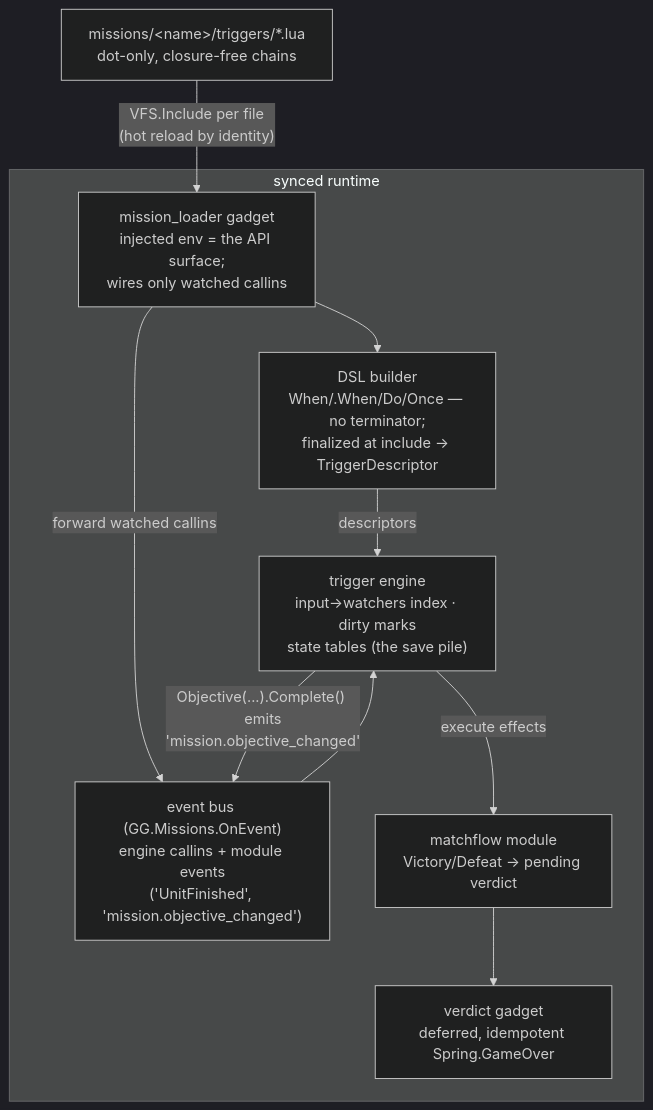
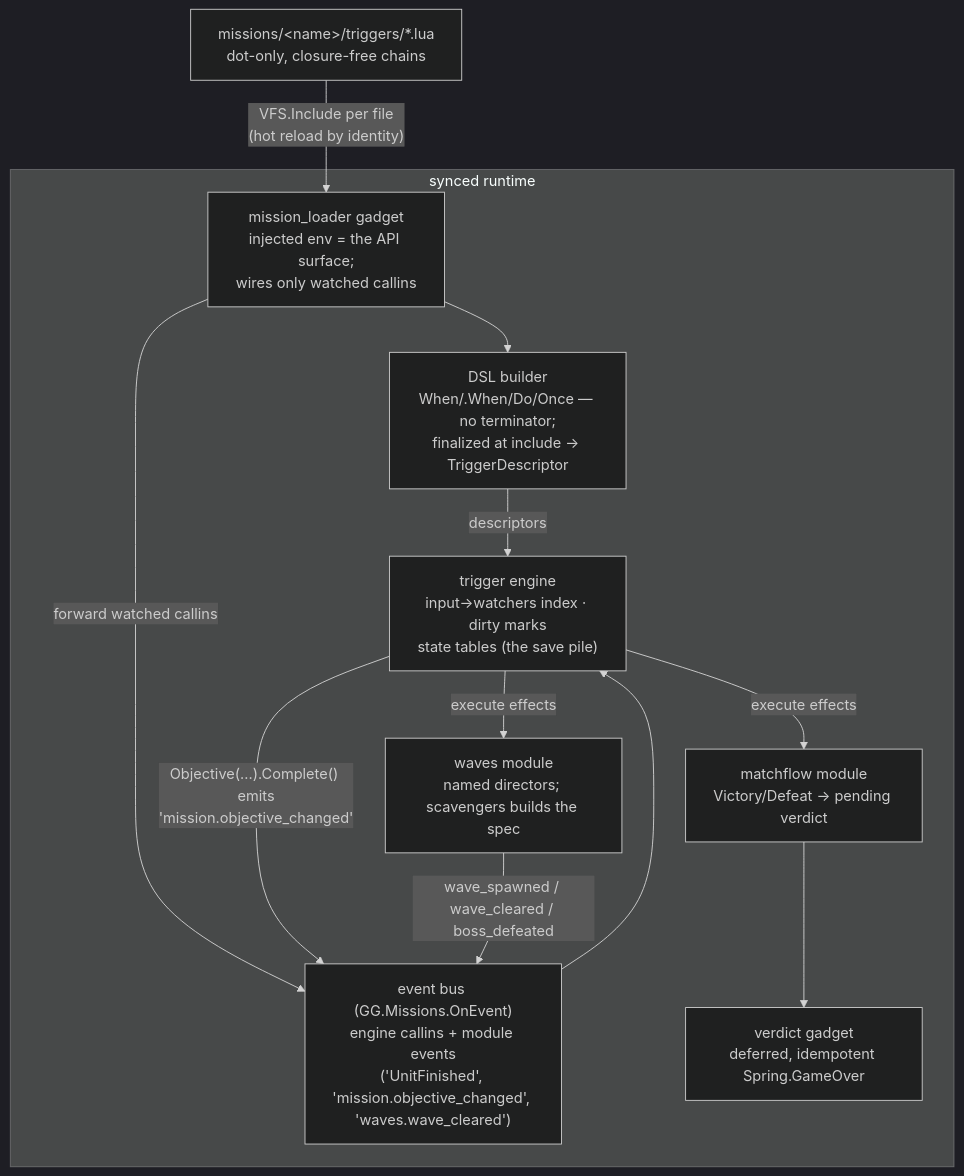
Before and after one commit to MasarOfficial/Doctrine-RTS: the diagram in modules/missions/README.md, drawn with Mermaid (dark theme). The commit also changed other lines of this file and 7 other files, not shown here.

First line of the commit message:
missions: the pressure — waves, packs and placement on the mission surface

````diff
--- a/modules/missions/README.md
+++ b/modules/missions/README.md
@@ -10,18 +10,21 @@
 ```mermaid
 flowchart TB
     LUA["missions/&lt;name&gt;/triggers/*.lua<br/>dot-only, closure-free chains"]
     subgraph SYNCED["synced runtime"]
         LOADER["mission_loader gadget<br/>injected env = the API surface;<br/>wires only watched callins"]
         DSL["DSL builder<br/>When/.When/Do/Once — no terminator;<br/>finalized at include → TriggerDescriptor"]
         ENGINE["trigger engine<br/>input→watchers index · dirty marks<br/>state tables (the save pile)"]
-        BUS["event bus (GG.Missions.OnEvent)<br/>engine callins + module events<br/>('UnitFinished', 'mission.objective_changed')"]
+        BUS["event bus (GG.Missions.OnEvent)<br/>engine callins + module events<br/>('UnitFinished', 'mission.objective_changed', 'waves.wave_cleared')"]
         MF["matchflow module<br/>Victory/Defeat → pending verdict"]
         VG["verdict gadget<br/>deferred, idempotent Spring.GameOver"]
+        WV["waves module<br/>named directors; scavengers builds the spec"]
     end
     LUA -->|"VFS.Include per file<br/>(hot reload by identity)"| LOADER
     LOADER --> DSL -->|"descriptors"| ENGINE
     LOADER -->|"forward watched callins"| BUS --> ENGINE
     ENGINE -->|"execute effects"| MF
+    ENGINE -->|"execute effects"| WV
     ENGINE -->|"Objective(...).Complete() emits<br/>'mission.objective_changed'"| BUS
+    WV -->|"wave_spawned / wave_cleared / boss_defeated"| BUS
     MF --> VG
 ```
````
